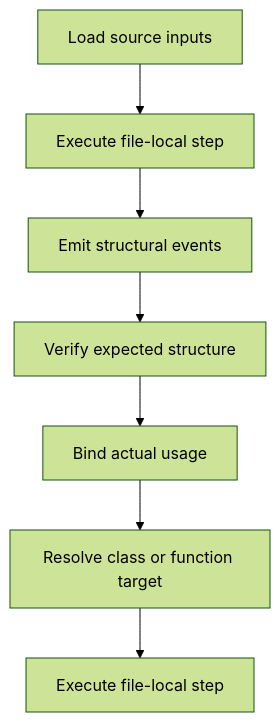
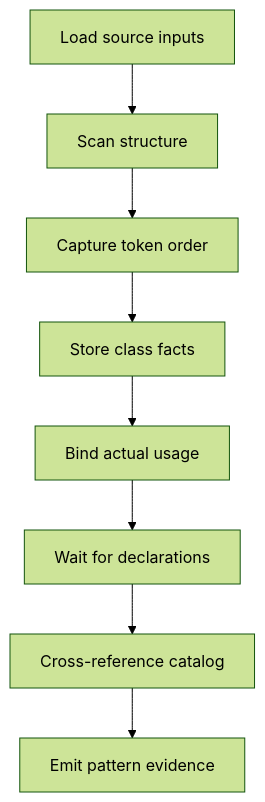
The diagram in docs/Codebase/Microservice/Modules/Source/Analysis/core.cpp.md (JohnAndrewBalbarosa/NeoTerritory), drawn with Mermaid (forest theme) before and after one commit. The commit also changed other lines of this file and 182 other files, not shown here.

````diff
--- a/docs/Codebase/Microservice/Modules/Source/Analysis/core.cpp.md
+++ b/docs/Codebase/Microservice/Modules/Source/Analysis/core.cpp.md
@@ -22,11 +23,12 @@
 ```mermaid
 flowchart TD
     N0["Load source inputs"]
-    N1["Execute file-local step"]
-    N2["Emit structural events"]
-    N3["Verify expected structure"]
+    N1["Scan structure"]
+    N2["Capture token order"]
+    N3["Store class facts"]
     N4["Bind actual usage"]
-    N5["Resolve class or function target"]
-    N6["Execute file-local step"]
-    N0 --> N1 --> N2 --> N3 --> N4 --> N5 --> N6
+    N5["Wait for declarations"]
+    N6["Cross-reference catalog"]
+    N7["Emit pattern evidence"]
+    N0 --> N1 --> N2 --> N3 --> N4 --> N5 --> N6 --> N7
 ```
````
